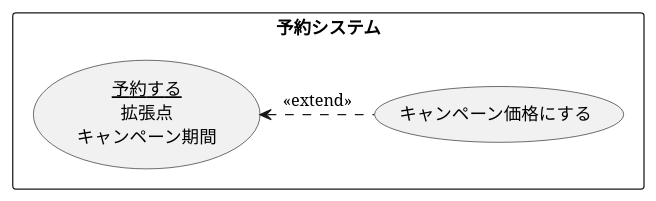
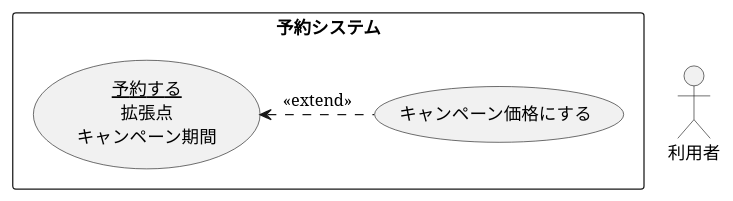
Before and after one commit to Kuya0307/unl-introduction: the diagram in 演習2-4_キャンペーン中のホテル宿泊予約.pu, drawn with PlantUML. The commit also changed 1 other file, not shown here.

```diff
--- a/演習2-4_キャンペーン中のホテル宿泊予約.pu
+++ b/演習2-4_キャンペーン中のホテル宿泊予約.pu
@@ -1,7 +1,8 @@
 @startuml ユースケース図
+actor 利用者
 rectangle 予約システム {
 usecase キャンペーン価格にする
 usecase (<u>予約する</u>\n拡張点\nキャンペーン期間) as input
 }
 input <. (キャンペーン価格にする) : <<extend>>
 @enduml
```
